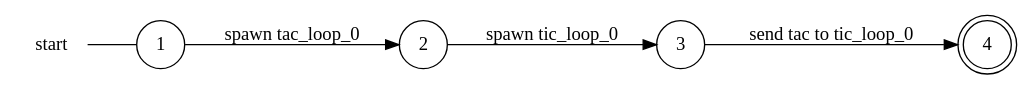
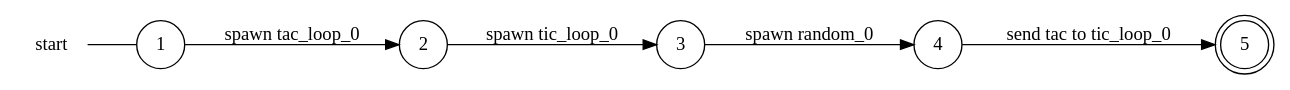
The diagram in examples/ticktack/start_local_view.dot (gabrielegenovese/chorer), drawn with Graphviz before and after one commit. The commit also changed 32 other files, not shown here.

```diff
--- a/examples/ticktack/start_local_view.dot
+++ b/examples/ticktack/start_local_view.dot
@@ -1,13 +1,15 @@
 digraph start {
 	rankdir="LR";
 	n_0 [label="start", shape="plaintext"];
-	n_1 [id="1", shape=circle, label="1"];
-	n_0 -> n_1 [arrowhead=none];
-	n_2 [id="2", shape=circle, label="2"];
-	n_3 [id="4", shape=circle, label="3"];
-	n_4 [id="3", shape=doublecircle, label="4"];
+	n_1 [id="5", shape=circle, label="4"];
+	n_2 [id="1", shape=circle, label="1"];
+	n_0 -> n_2 [arrowhead=none];
+	n_3 [id="2", shape=circle, label="2"];
+	n_4 [id="4", shape=doublecircle, label="5"];
+	n_5 [id="3", shape=circle, label="3"];
 
-	n_3 -> n_4 [id="[$e|0]", label="send tac to tic_loop_0"];
-	n_2 -> n_3 [id="[$e|1]", label="spawn tic_loop_0"];
-	n_1 -> n_2 [id="[$e|2]", label="spawn tac_loop_0"];
+	n_2 -> n_3 [id="[$e|3]", label="spawn tac_loop_0"];
+	n_5 -> n_1 [id="[$e|1]", label="spawn random_0"];
+	n_3 -> n_5 [id="[$e|2]", label="spawn tic_loop_0"];
+	n_1 -> n_4 [id="[$e|0]", label="send tac to tic_loop_0"];
 }
```
